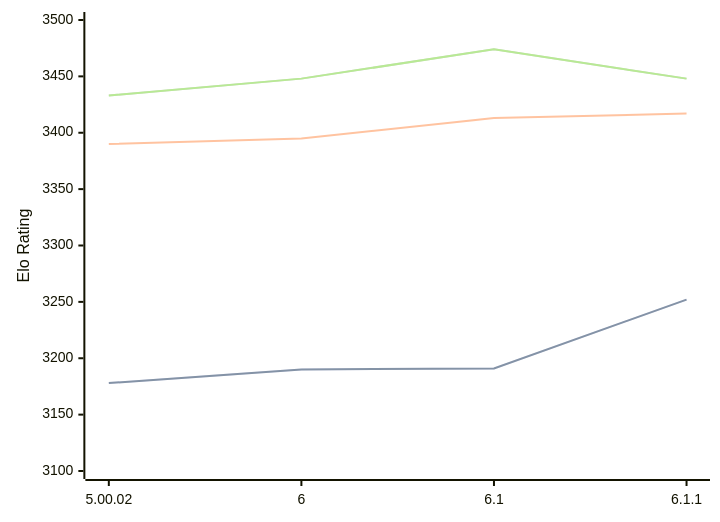
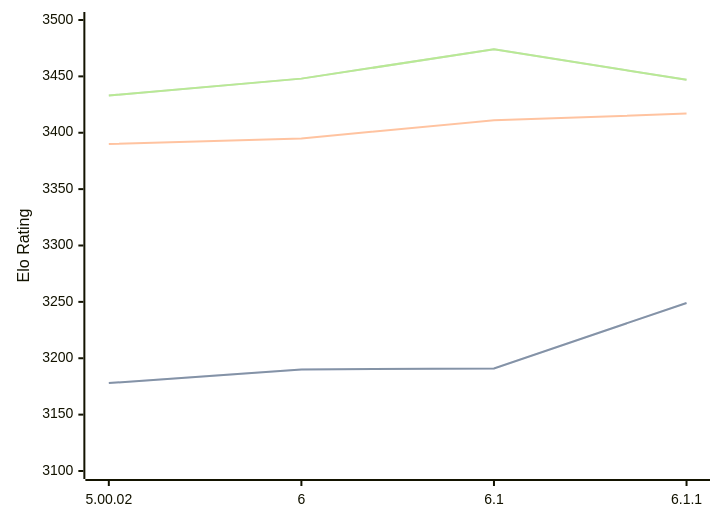
One commit to computer-chess-index/cci changed the diagram in engines/Zangdar.md. Above: the diagram before and after it, drawn with Mermaid. The commit also changed other lines of this file, not shown here.

Commit message:
Update CCI Ratings (ELO VLTC) - 2026-03-05

````diff
--- a/engines/Zangdar.md
+++ b/engines/Zangdar.md
@@ -44,11 +44,11 @@
 ```mermaid
 %%{init: {"theme":"base","themeVariables":{"seriesColors:['#a3a3a3','#222221','#faa371']}}}%%
 xychart-beta
   x-axis ["5.00.02", "6", "6.1", "6.1.1"]
   y-axis "Elo Rating" 3100 --> 3500
-  line "STC (8.0+0.08s)" [3178, 3190, 3191, 3252]
-  line "STC (8.0+0.08s)" [3178, 3190, 3191, 3252]
-  line "LTC (60.0+0.60s)" [3390, 3395, 3413, 3417]
-  line "VLTC (2m24s+1.12s)" [3433, 3448, 3474, 3448]
-  line "VLTC (2m24s+1.12s)" [3433, 3448, 3474, 3448]
+  line "STC (8.0+0.08s)" [3178, 3190, 3191, 3249]
+  line "STC (8.0+0.08s)" [3178, 3190, 3191, 3249]
+  line "LTC (60.0+0.60s)" [3390, 3395, 3411, 3417]
+  line "VLTC (2m24s+1.12s)" [3433, 3448, 3474, 3447]
+  line "VLTC (2m24s+1.12s)" [3433, 3448, 3474, 3447]
 ```
````
